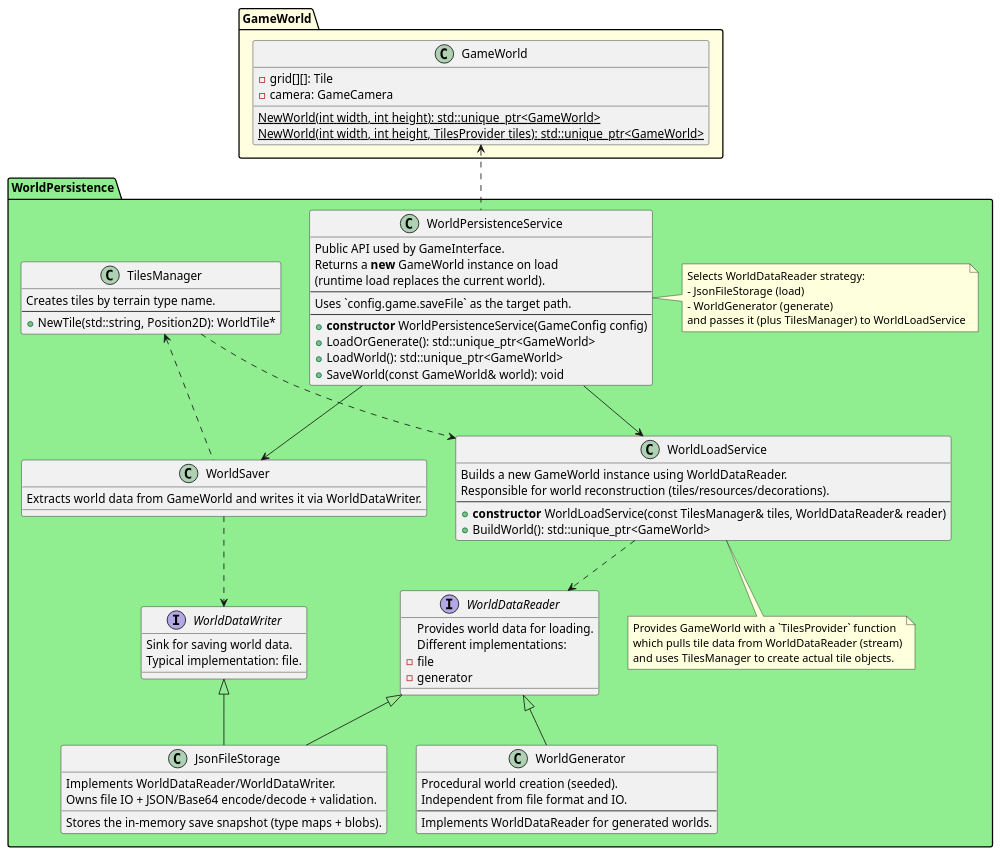
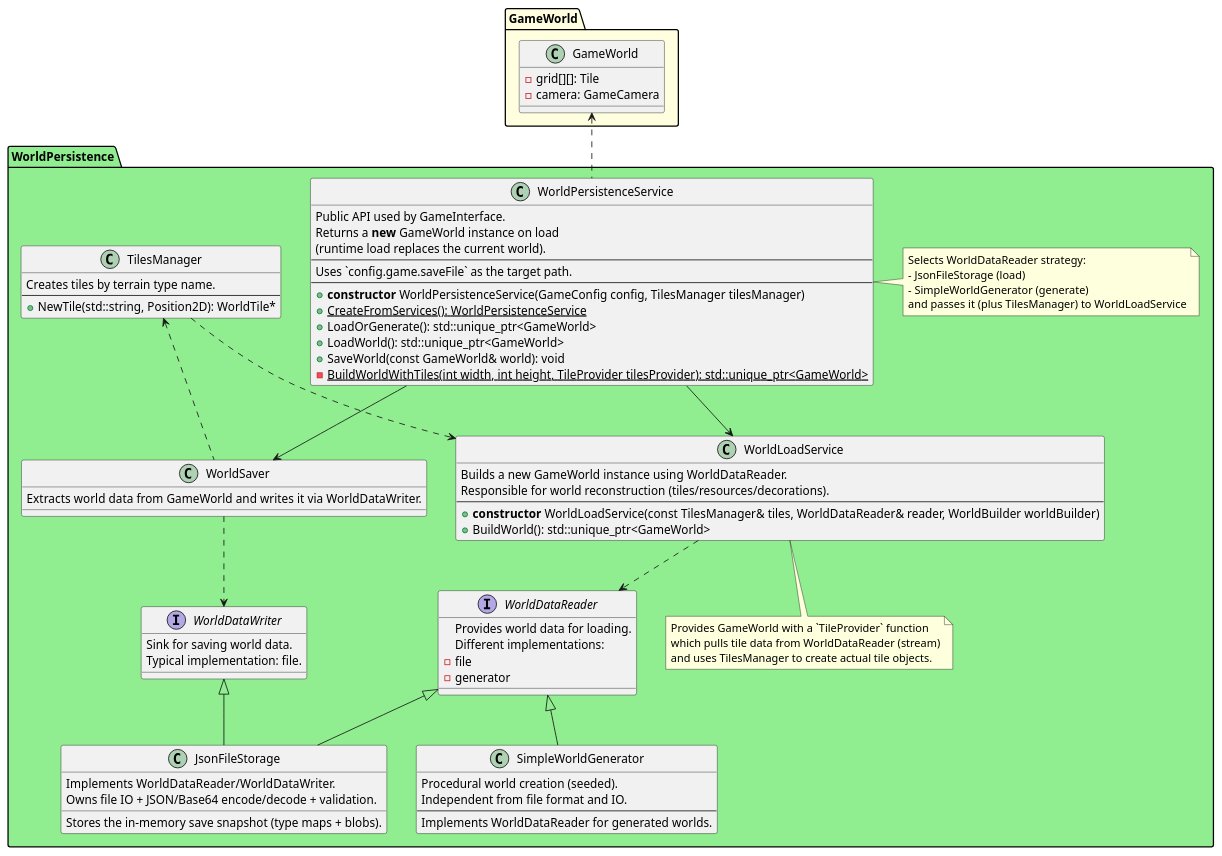
Before and after one commit to neverthedev/tile-game: the second of 4 diagrams in raylib-my/docs/world_persistence_service.md, drawn with PlantUML. The commit also changed other lines of this file and 13 other files, not shown here.

Commit message:
[Task-15] World Persistence Service and Simple World Generator

```diff
--- a/raylib-my/docs/world_persistence_service.md
+++ b/raylib-my/docs/world_persistence_service.md
@@ -110,8 +109,6 @@
 
 package "GameWorld" as GameWorldPackage #LightYellow {
   class GameWorld {
-    {static} NewWorld(int width, int height): std::unique_ptr<GameWorld>
-    {static} NewWorld(int width, int height, TilesProvider tiles): std::unique_ptr<GameWorld>
     - grid[][]: Tile
     - camera: GameCamera
   }
@@ -125,10 +122,12 @@
     ----
     Uses `config.game.saveFile` as the target path.
     ----
-    + <b>constructor</b> WorldPersistenceService(GameConfig config)
+    + <b>constructor</b> WorldPersistenceService(GameConfig config, TilesManager tilesManager)
+    + {static} CreateFromServices(): WorldPersistenceService
     + LoadOrGenerate(): std::unique_ptr<GameWorld>
     + LoadWorld(): std::unique_ptr<GameWorld>
     + SaveWorld(const GameWorld& world): void
+    - {static} BuildWorldWithTiles(int width, int height, TileProvider tilesProvider): std::unique_ptr<GameWorld>
   }
 
   interface WorldDataReader {
@@ -147,7 +146,7 @@
     Builds a new GameWorld instance using WorldDataReader.
     Responsible for world reconstruction (tiles/resources/decorations).
     ----
-    + <b>constructor</b> WorldLoadService(const TilesManager& tiles, WorldDataReader& reader)
+    + <b>constructor</b> WorldLoadService(const TilesManager& tiles, WorldDataReader& reader, WorldBuilder worldBuilder)
     + BuildWorld(): std::unique_ptr<GameWorld>
   }
 
@@ -161,7 +160,7 @@
     Stores the in-memory save snapshot (type maps + blobs).
   }
 
-  class WorldGenerator {
+  class SimpleWorldGenerator {
     Procedural world creation (seeded).
     Independent from file format and IO.
     ----
@@ -183,7 +182,7 @@
 
   WorldDataReader <|-- JsonFileStorage
   WorldDataWriter <|-- JsonFileStorage
-  WorldDataReader <|-- WorldGenerator
+  WorldDataReader <|-- SimpleWorldGenerator
 
   WorldPersistenceService .up.> GameWorld
   WorldSaver .left.> TilesManager
@@ -191,12 +190,12 @@
   note right of WorldPersistenceService
     Selects WorldDataReader strategy:
     - JsonFileStorage (load)
-    - WorldGenerator (generate)
+    - SimpleWorldGenerator (generate)
     and passes it (plus TilesManager) to WorldLoadService
   end note
 
   note bottom of WorldLoadService
-    Provides GameWorld with a `TilesProvider` function
+    Provides GameWorld with a `TileProvider` function
     which pulls tile data from WorldDataReader (stream)
     and uses TilesManager to create actual tile objects.
   end note
```
